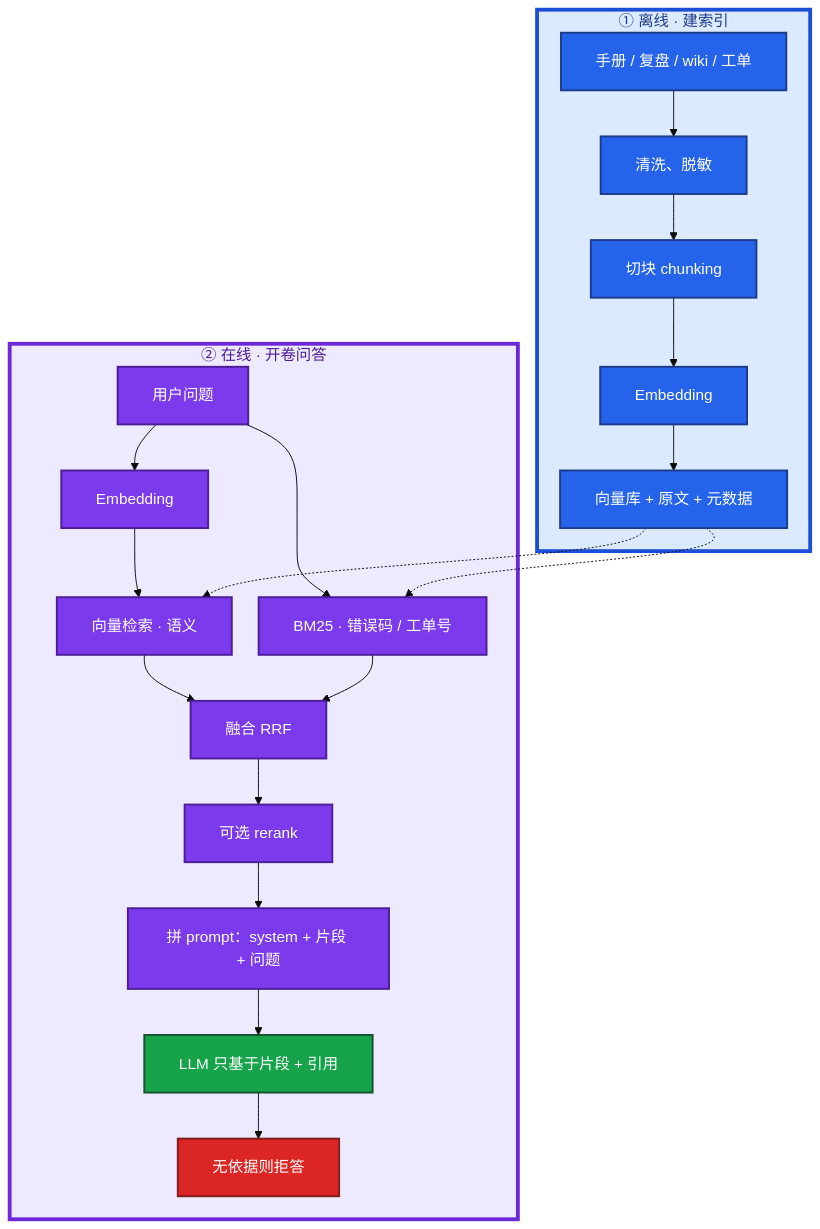
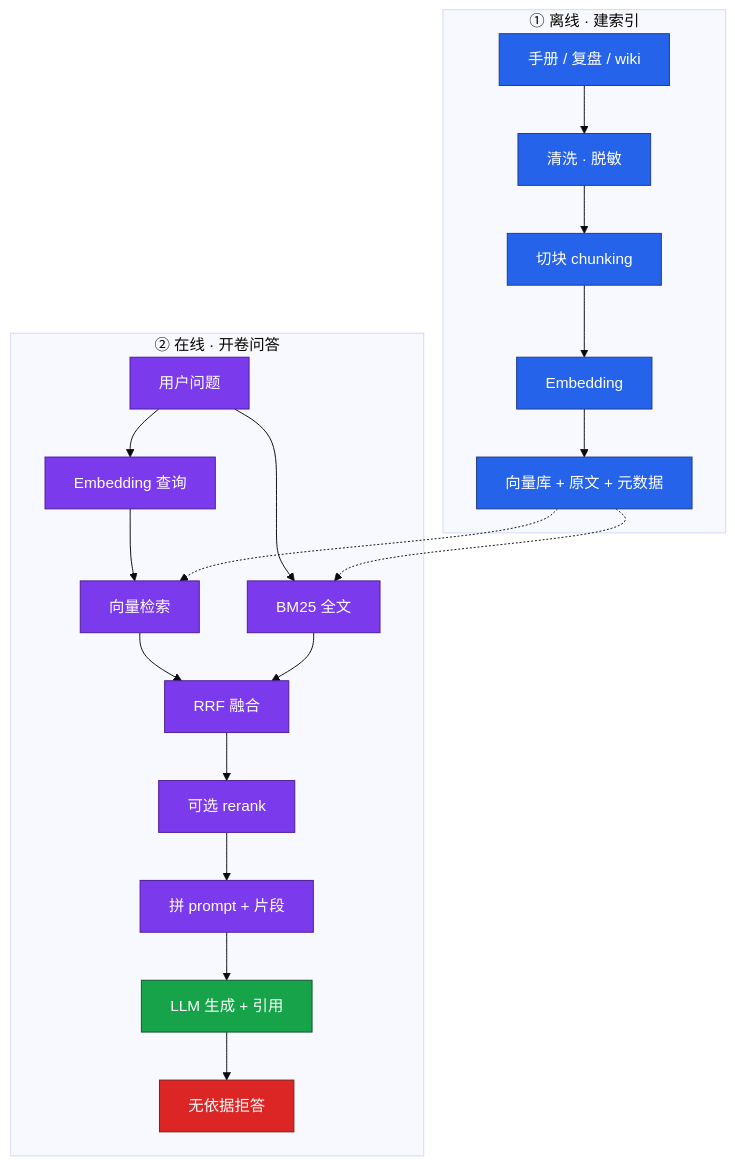
The first of 5 diagrams in 09-AI与智能运维/03-RAG检索增强/知识点.md (ml-cuizijun/LearnToLilith), drawn with Mermaid before and after one commit. The commit also changed other lines of this file and 213 other files, not shown here.

````diff
--- a/09-AI与智能运维/03-RAG检索增强/知识点.md
+++ b/09-AI与智能运维/03-RAG检索增强/知识点.md
@@ -82,46 +41,38 @@
 ```mermaid
-%%{init: {"flowchart": {"padding": 18, "nodeSpacing": 28, "rankSpacing": 48}, "theme": "base"}}%%
+%%{init: {"theme": "base"}}%%
 flowchart TB
+    classDef off fill:#2563EB,stroke:#1E3A8A,color:#fff
+    classDef on fill:#7C3AED,stroke:#4C1D95,color:#fff
+    classDef gen fill:#16A34A,stroke:#14532D,color:#fff
+    classDef bad fill:#DC2626,stroke:#7F1D1D,color:#fff
+
     subgraph offline ["① 离线 · 建索引"]
-        docs[手册 / 复盘 / wiki / 工单]
-        clean[清洗、脱敏]
-        chunk[切块 chunking]
-        emb1[Embedding]
-        store[向量库 + 原文 + 元数据]
+        docs[手册 / 复盘 / wiki]:::off
+        clean[清洗 · 脱敏]:::off
+        chunk[切块 chunking]:::off
+        emb1[Embedding]:::off
+        store[向量库 + 原文 + 元数据]:::off
         docs --> clean --> chunk --> emb1 --> store
     end
 
     subgraph online ["② 在线 · 开卷问答"]
-        q[用户问题]
-        emb2[Embedding]
-        vec[向量检索 · 语义]
-        bm[BM25 · 错误码 / 工单号]
-        rrf[融合 RRF]
-        rr[可选 rerank]
-        prompt[拼 prompt：system + 片段 + 问题]
-        llm[LLM 只基于片段 + 引用]
-        refuse[无依据则拒答]
-        q --> emb2
-        emb2 --> vec
+        q[用户问题]:::on
+        emb2[Embedding 查询]:::on
+        vec[向量检索]:::on
+        bm[BM25 全文]:::on
+        rrf[RRF 融合]:::on
+        rr[可选 rerank]:::on
+        prompt[拼 prompt + 片段]:::on
+        llm[LLM 生成 + 引用]:::gen
+        refuse[无依据拒答]:::bad
+        q --> emb2 --> vec
         q --> bm
         vec --> rrf
         bm --> rrf
         rrf --> rr --> prompt --> llm
         llm --> refuse
     end
 
     store -.-> vec
     store -.-> bm
-
-    classDef off fill:#2563EB,stroke:#1E3A8A,stroke-width:2px,color:#fff
-    classDef on fill:#7C3AED,stroke:#4C1D95,stroke-width:2px,color:#fff
-    classDef gen fill:#16A34A,stroke:#14532D,stroke-width:2px,color:#fff
-    classDef bad fill:#DC2626,stroke:#7F1D1D,stroke-width:2px,color:#fff
-    class docs,clean,chunk,emb1,store off
-    class q,emb2,vec,bm,rrf,rr,prompt on
-    class llm gen
-    class refuse bad
-
-    style offline fill:#DBEAFE,stroke:#1D4ED8,stroke-width:4px,color:#1E3A8A
-    style online fill:#EDE9FE,stroke:#6D28D9,stroke-width:4px,color:#4C1D95
 ```
````
